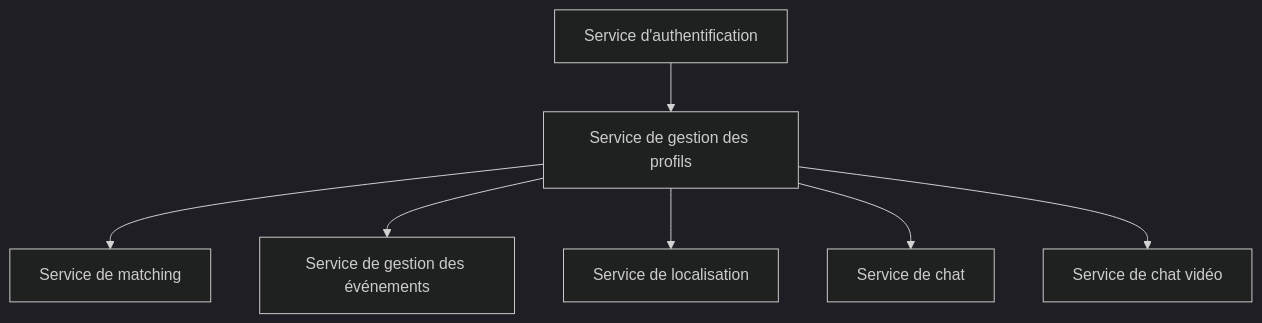
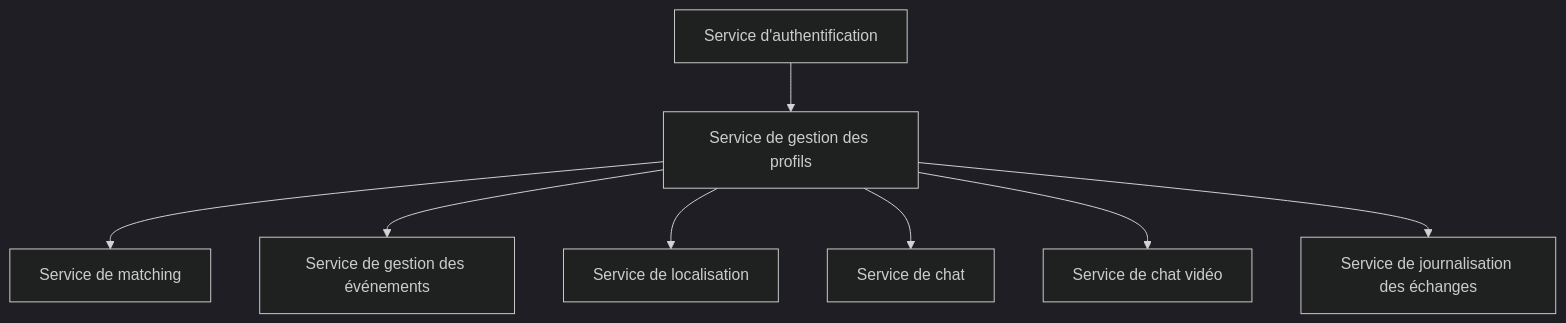
One commit to maxlestage/Master-Ynov changed the diagram in readme.md. Above: the diagram before and after it, drawn with Mermaid (dark theme). The commit also changed other lines of this file, not shown here.

````diff
--- a/readme.md
+++ b/readme.md
@@ -27,9 +28,10 @@
 ```mermaid
 graph TD;
     A[Service d'authentification] --> B[Service de gestion des profils];
     B --> C[Service de matching];
     B --> D[Service de gestion des événements];
     B --> E[Service de localisation];
     B --> F[Service de chat];
     B --> G[Service de chat vidéo];
+    B --> H[Service de journalisation des échanges];
 ```
````
